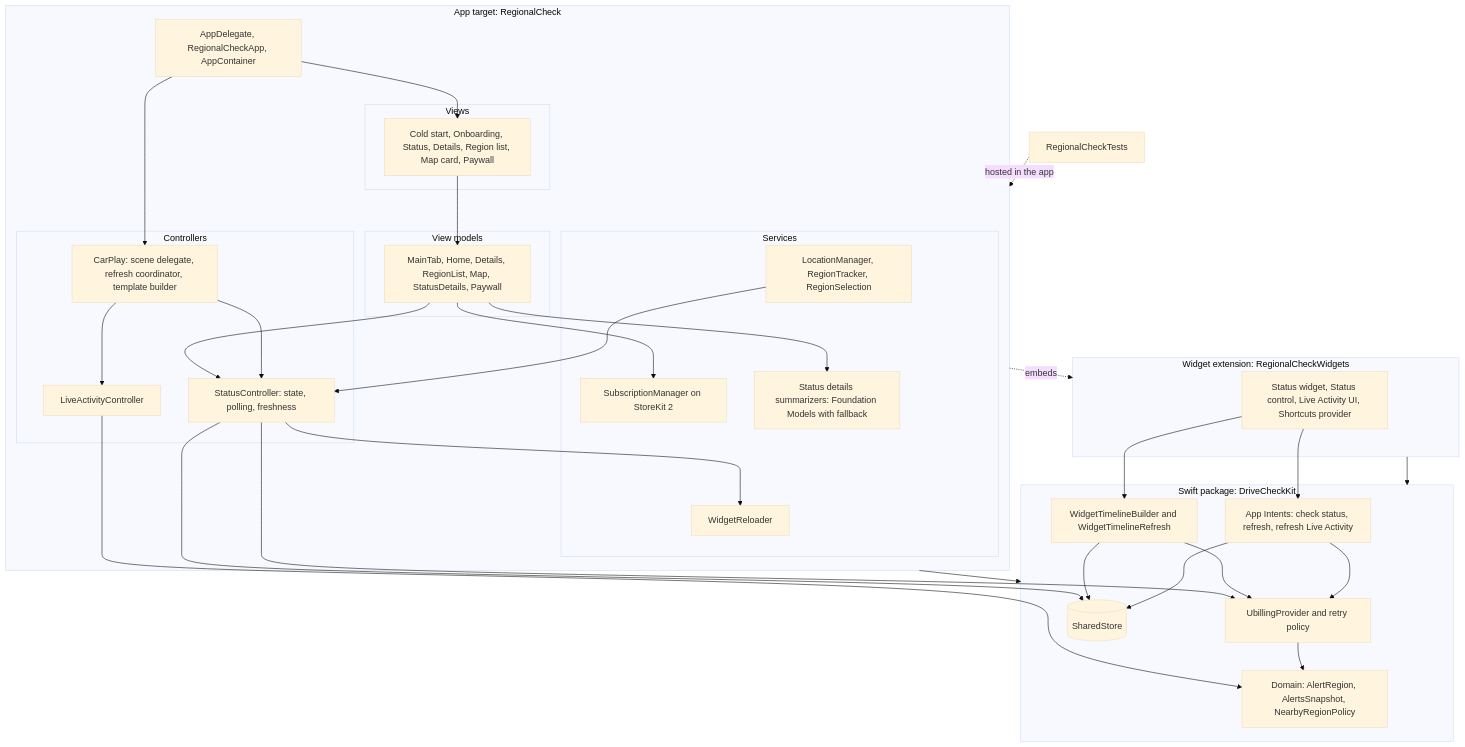
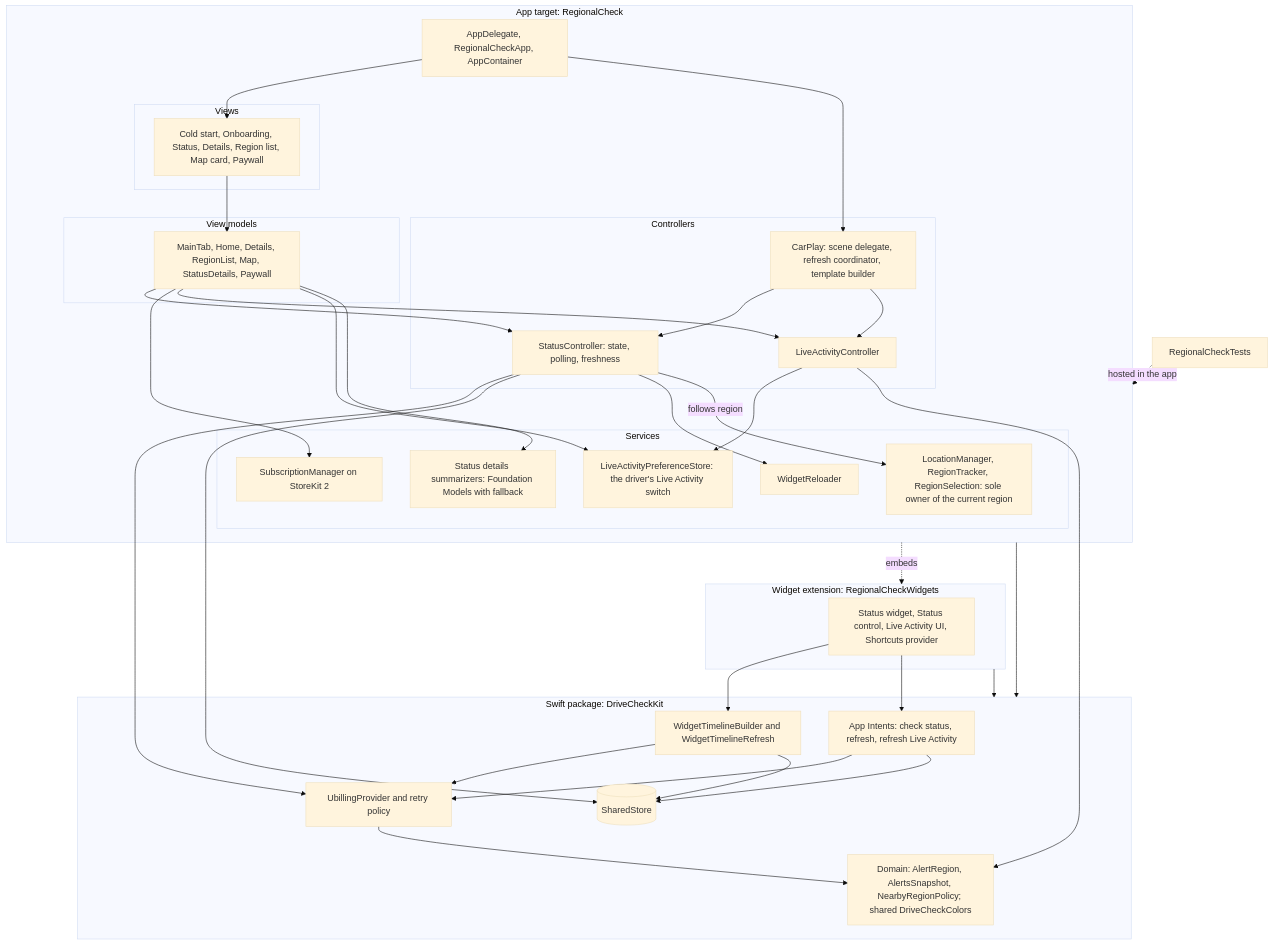
The second of 5 diagrams in docs/engineering/architecture-diagrams.md (vil4max/regional-check), drawn with Mermaid (base theme) before and after one commit. The commit also changed other lines of this file, not shown here.

````diff
--- a/docs/engineering/architecture-diagrams.md
+++ b/docs/engineering/architecture-diagrams.md
@@ -57,66 +57,70 @@
 ```mermaid
 flowchart TB
     subgraph AppTarget["App target: RegionalCheck"]
         Comp["AppDelegate, RegionalCheckApp, AppContainer"]
 
         subgraph ViewsL["Views"]
             Views["Cold start, Onboarding, Status, Details, Region list, Map card, Paywall"]
         end
 
         subgraph VMsL["View models"]
             VMs["MainTab, Home, Details, RegionList, Map, StatusDetails, Paywall"]
         end
 
         subgraph CtrlL["Controllers"]
             SC["StatusController: state, polling, freshness"]
             LAC["LiveActivityController"]
             CPG["CarPlay: scene delegate, refresh coordinator, template builder"]
         end
 
         subgraph SvcL["Services"]
-            Reg["LocationManager, RegionTracker, RegionSelection"]
+            Reg["LocationManager, RegionTracker, RegionSelection: sole owner of the current region"]
+            Pref["LiveActivityPreferenceStore: the driver's Live Activity switch"]
             Sub["SubscriptionManager on StoreKit 2"]
             Sum["Status details summarizers: Foundation Models with fallback"]
             Rel["WidgetReloader"]
         end
     end
 
     subgraph ExtTarget["Widget extension: RegionalCheckWidgets"]
         Wdg["Status widget, Status control, Live Activity UI, Shortcuts provider"]
     end
 
     subgraph KitPkg["Swift package: DriveCheckKit"]
-        Dom["Domain: AlertRegion, AlertsSnapshot, NearbyRegionPolicy"]
+        Dom["Domain: AlertRegion, AlertsSnapshot, NearbyRegionPolicy; shared DriveCheckColors"]
         Prov["UbillingProvider and retry policy"]
         Shared[("SharedStore")]
         WTL["WidgetTimelineBuilder and WidgetTimelineRefresh"]
         Intents["App Intents: check status, refresh, refresh Live Activity"]
     end
 
     Tests["RegionalCheckTests"]
 
     Comp --> Views
     Comp --> CPG
     Views --> VMs
     VMs --> SC
     VMs --> Sub
+    VMs --> LAC
+    VMs --> Pref
     VMs --> Sum
     CPG --> SC
     CPG --> LAC
     SC --> Prov
     SC --> Shared
     SC --> Rel
-    Reg --> SC
+    SC -->|"follows region"| Reg
+    LAC --> Pref
     LAC --> Dom
     Wdg --> WTL
     Wdg --> Intents
     WTL --> Prov
     WTL --> Shared
     Intents --> Prov
     Intents --> Shared
     Prov --> Dom
     AppTarget -.->|"embeds"| ExtTarget
     AppTarget --> KitPkg
     ExtTarget --> KitPkg
     Tests -.->|"hosted in the app"| AppTarget
 ```
````
